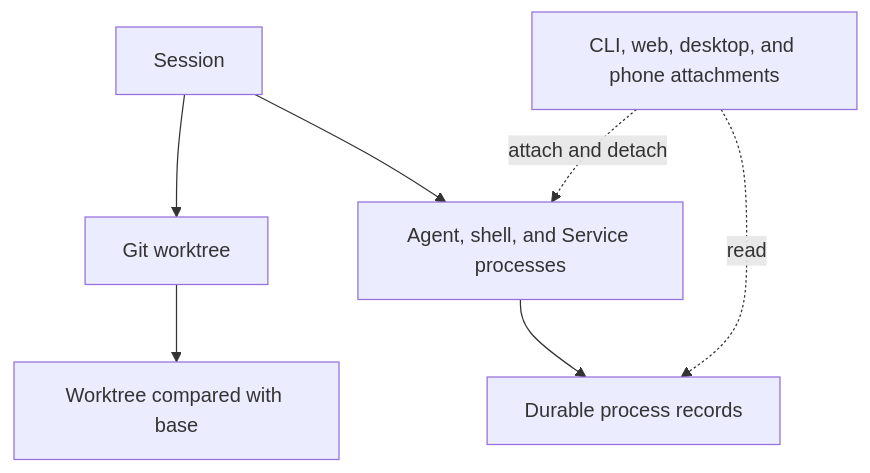
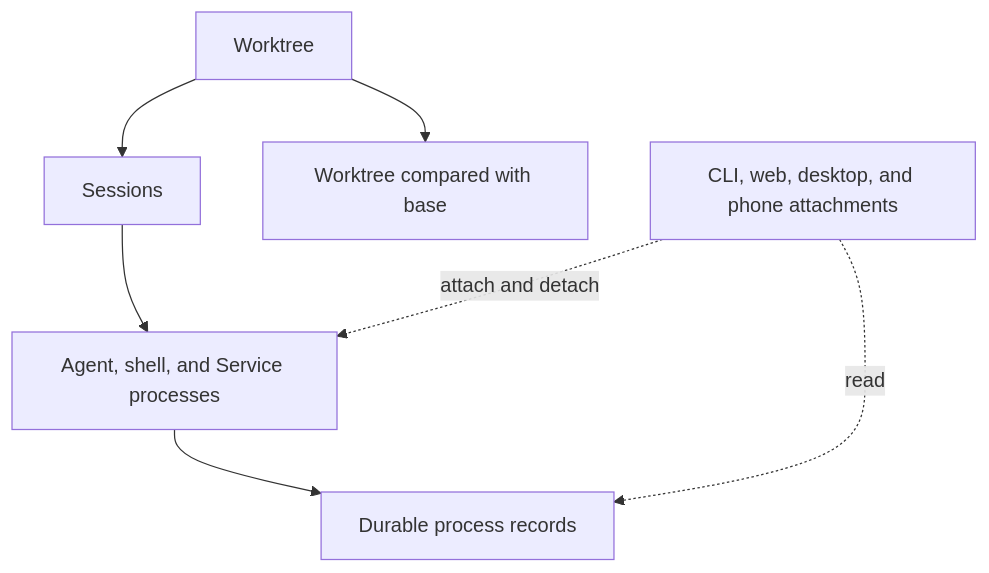
The third of 3 diagrams in apps/docs/src/content/docs/concepts/how-mend-works.md (sealant-sh/Mend), drawn with Mermaid before and after one commit. The commit also changed other lines of this file and 9 other files, not shown here.

````diff
--- a/apps/docs/src/content/docs/concepts/how-mend-works.md
+++ b/apps/docs/src/content/docs/concepts/how-mend-works.md
@@ -101,16 +103,16 @@
 ```mermaid
 flowchart TD
-  session[Session]
-  worktree[Git worktree]
+  worktree[Worktree]
+  session[Sessions]
   processes[Agent, shell, and Service processes]
   record[Durable process records]
   change[Worktree compared with base]
   clients[CLI, web, desktop, and phone attachments]
 
-  session --> worktree
+  worktree --> session
+  worktree --> change
   session --> processes
   processes --> record
-  worktree --> change
   clients -. attach and detach .-> processes
   clients -. read .-> record
 ```
````
